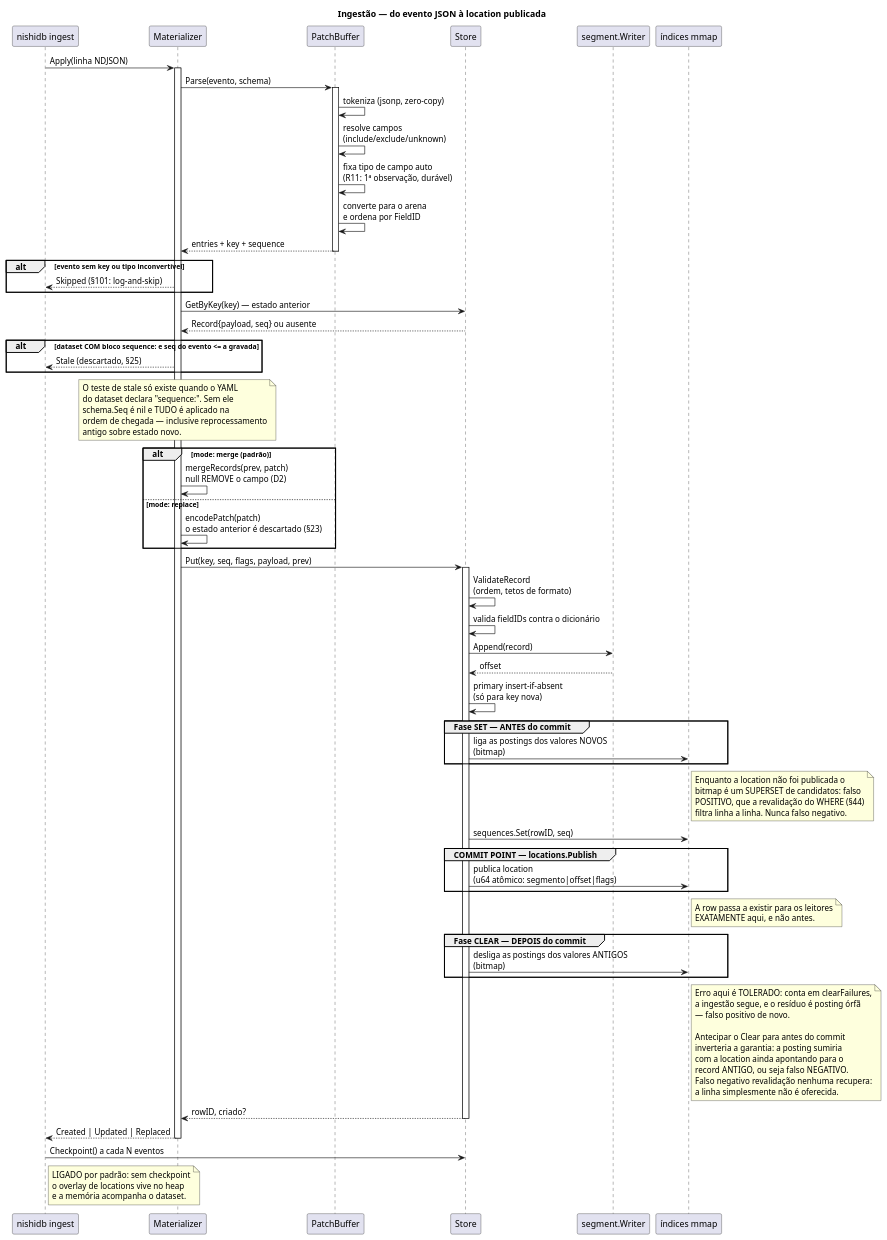
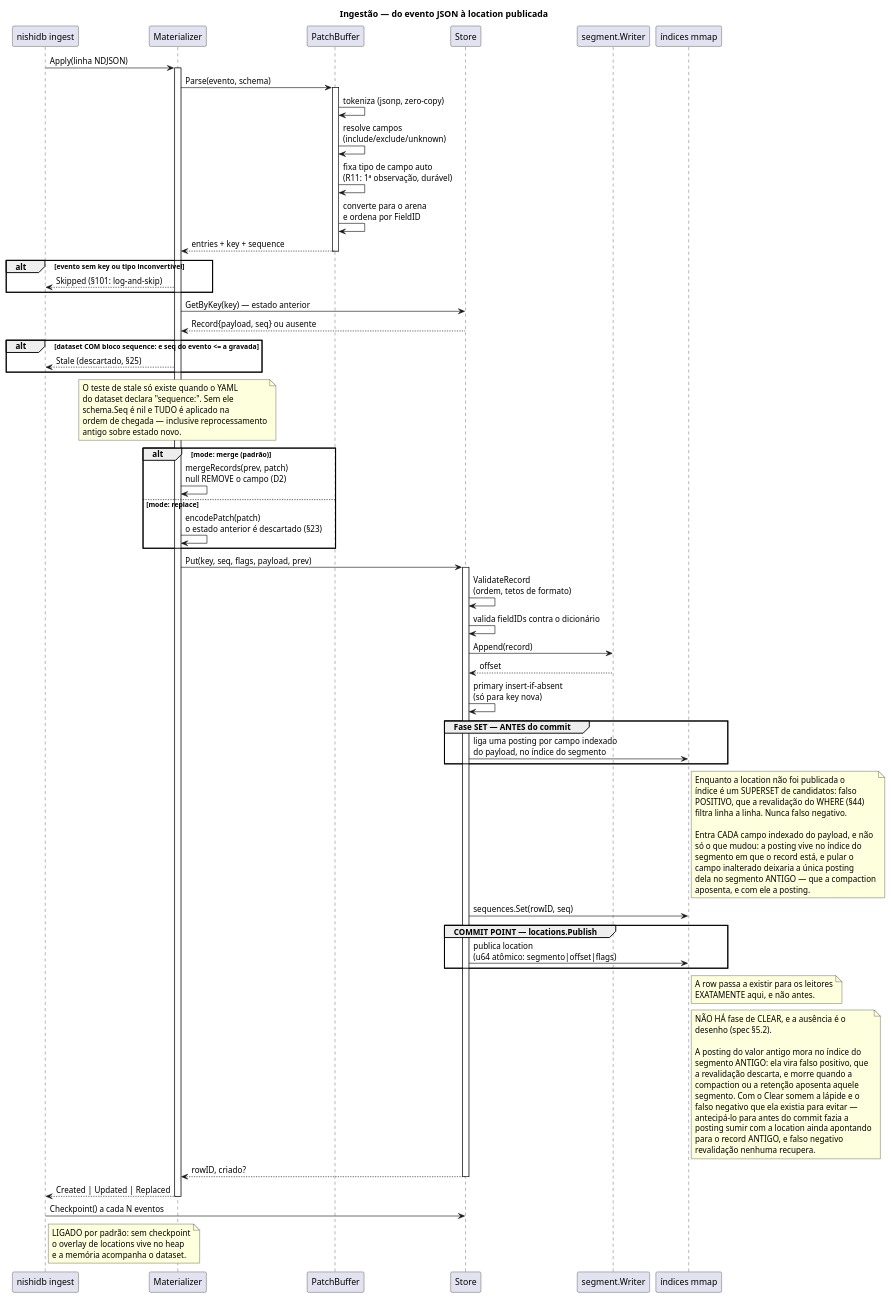
Before and after one commit to nishisan-dev/nishidb: the diagram in docs/diagrams/ingest_flow.puml, drawn with PlantUML. The commit also changed 44 other files, not shown here.

```diff
--- a/docs/diagrams/ingest_flow.puml
+++ b/docs/diagrams/ingest_flow.puml
@@ -1,103 +1,110 @@
 @startuml ingest_flow
 title Ingestão — do evento JSON à location publicada
 
 participant "nishidb ingest" as cli
 participant "Materializer" as mat
 participant "PatchBuffer" as pb
 participant "Store" as st
 participant "segment.Writer" as seg
 participant "índices mmap" as idx
 
 cli -> mat : Apply(linha NDJSON)
 activate mat
 
 mat -> pb : Parse(evento, schema)
 activate pb
 pb -> pb : tokeniza (jsonp, zero-copy)
 pb -> pb : resolve campos\n(include/exclude/unknown)
 pb -> pb : fixa tipo de campo auto\n(R11: 1ª observação, durável)
 pb -> pb : converte para o arena\ne ordena por FieldID
 pb --> mat : entries + key + sequence
 deactivate pb
 
 alt evento sem key ou tipo inconvertível
   mat --> cli : Skipped (§101: log-and-skip)
 end
 
 mat -> st : GetByKey(key) — estado anterior
 st --> mat : Record{payload, seq} ou ausente
 
 alt dataset COM bloco sequence: e seq do evento <= a gravada
   mat --> cli : Stale (descartado, §25)
 end
 note over mat
   O teste de stale só existe quando o YAML
   do dataset declara "sequence:". Sem ele
   schema.Seq é nil e TUDO é aplicado na
   ordem de chegada — inclusive reprocessamento
   antigo sobre estado novo.
 end note
 
 alt mode: merge (padrão)
   mat -> mat : mergeRecords(prev, patch)\nnull REMOVE o campo (D2)
 else mode: replace
   mat -> mat : encodePatch(patch)\no estado anterior é descartado (§23)
 end
 mat -> st : Put(key, seq, flags, payload, prev)
 activate st
 
 st -> st : ValidateRecord\n(ordem, tetos de formato)
 st -> st : valida fieldIDs contra o dicionário
 st -> seg : Append(record)
 seg --> st : offset
 st -> st : primary insert-if-absent\n(só para key nova)
 
 group Fase SET — ANTES do commit
-  st -> idx : liga as postings dos valores NOVOS\n(bitmap)
+  st -> idx : liga uma posting por campo indexado\ndo payload, no índice do segmento
 end
 note right of idx
   Enquanto a location não foi publicada o
-  bitmap é um SUPERSET de candidatos: falso
+  índice é um SUPERSET de candidatos: falso
   POSITIVO, que a revalidação do WHERE (§44)
   filtra linha a linha. Nunca falso negativo.
+
+  Entra CADA campo indexado do payload, e não
+  só o que mudou: a posting vive no índice do
+  segmento em que o record está, e pular o
+  campo inalterado deixaria a única posting
+  dela no segmento ANTIGO — que a compaction
+  aposenta, e com ele a posting.
 end note
 
 st -> idx : sequences.Set(rowID, seq)
 
 group COMMIT POINT — locations.Publish
   st -> idx : publica location\n(u64 atômico: segmento|offset|flags)
 end
 note right of idx
   A row passa a existir para os leitores
   EXATAMENTE aqui, e não antes.
 end note
 
-group Fase CLEAR — DEPOIS do commit
-  st -> idx : desliga as postings dos valores ANTIGOS\n(bitmap)
-end
 note right of idx
-  Erro aqui é TOLERADO: conta em clearFailures,
-  a ingestão segue, e o resíduo é posting órfã
-  — falso positivo de novo.
+  NÃO HÁ fase de CLEAR, e a ausência é o
+  desenho (spec §5.2).
 
-  Antecipar o Clear para antes do commit
-  inverteria a garantia: a posting sumiria
-  com a location ainda apontando para o
-  record ANTIGO, ou seja falso NEGATIVO.
-  Falso negativo revalidação nenhuma recupera:
-  a linha simplesmente não é oferecida.
+  A posting do valor antigo mora no índice do
+  segmento ANTIGO: ela vira falso positivo, que
+  a revalidação descarta, e morre quando a
+  compaction ou a retenção aposenta aquele
+  segmento. Com o Clear somem a lápide e o
+  falso negativo que ela existia para evitar —
+  antecipá-lo para antes do commit fazia a
+  posting sumir com a location ainda apontando
+  para o record ANTIGO, e falso negativo
+  revalidação nenhuma recupera.
 end note
 
 st --> mat : rowID, criado?
 deactivate st
 
 mat --> cli : Created | Updated | Replaced
 deactivate mat
 
 cli -> st : Checkpoint() a cada N eventos
 note right of cli
   LIGADO por padrão: sem checkpoint
   o overlay de locations vive no heap
   e a memória acompanha o dataset.
 end note
 @enduml
```
